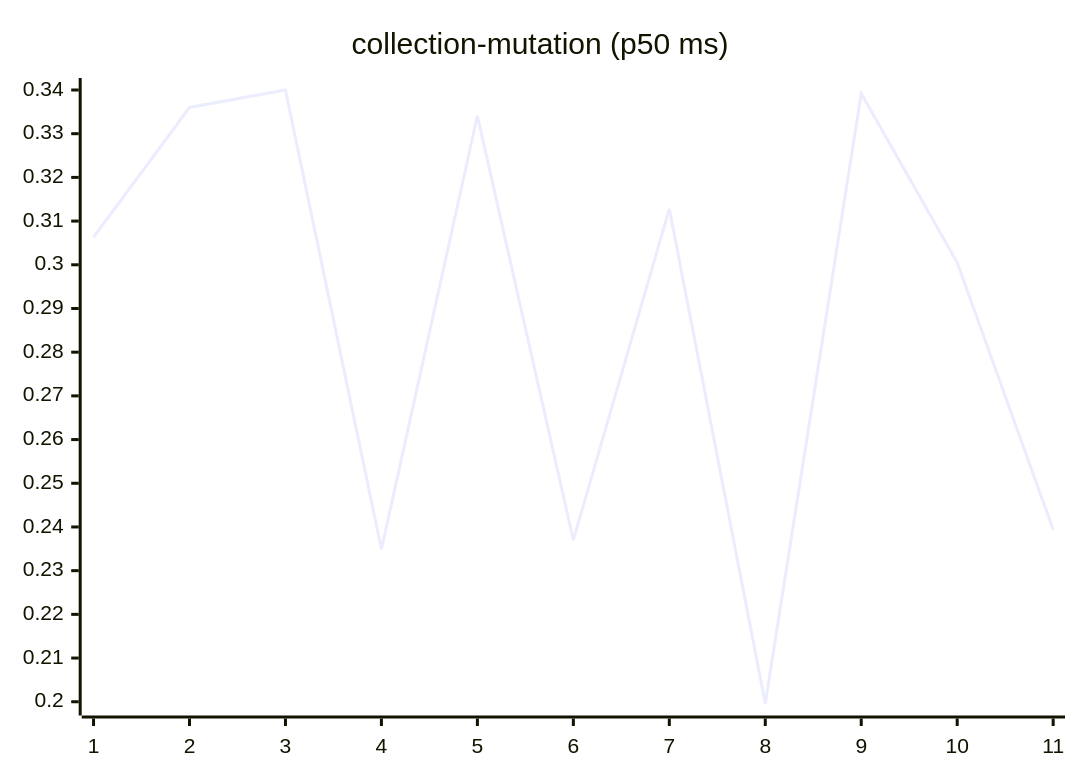
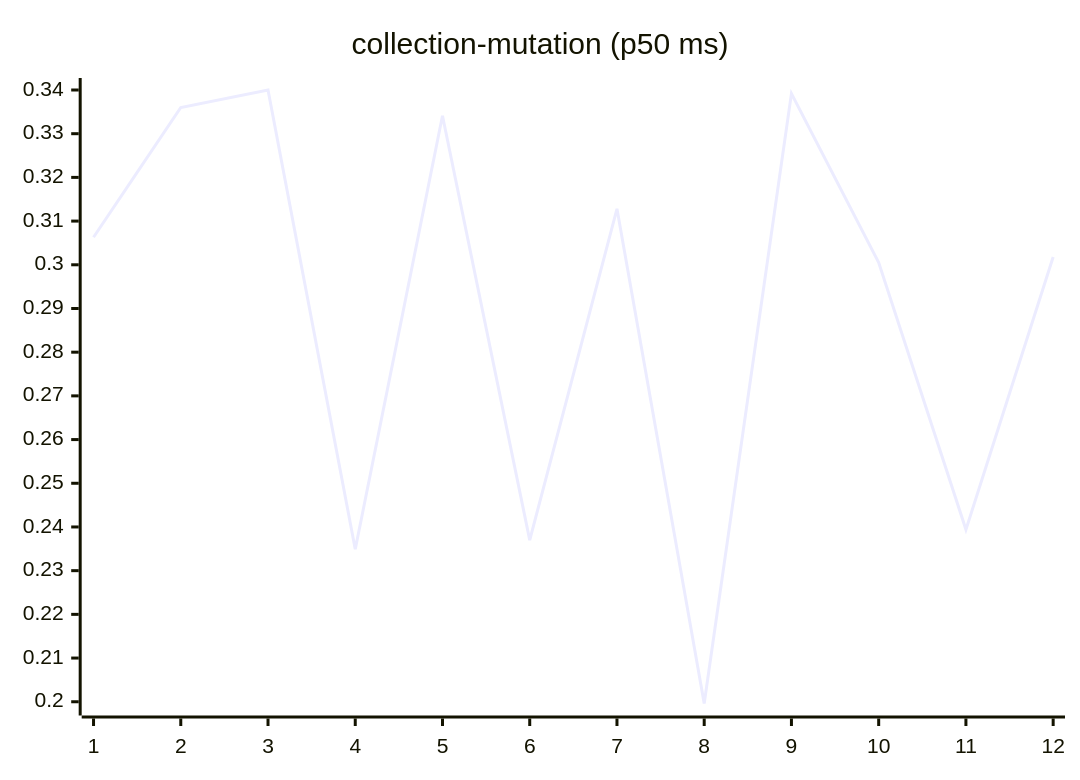
Before and after one commit to josha/Facet: the sixth of 27 diagrams in README.md, drawn with Mermaid. The commit also changed other lines of this file and 2 other files, not shown here.

````diff
--- a/README.md
+++ b/README.md
@@ -98,6 +98,6 @@
 ```mermaid
 xychart-beta
     title "collection-mutation (p50 ms)"
-    x-axis 1 --> 11
-    line [0.3063, 0.3360, 0.3400, 0.2349, 0.3341, 0.2370, 0.3128, 0.1996, 0.3392, 0.3005, 0.2394]
+    x-axis 1 --> 12
+    line [0.3063, 0.3360, 0.3400, 0.2349, 0.3341, 0.2370, 0.3128, 0.1996, 0.3392, 0.3005, 0.2394, 0.3018]
 ```
````
